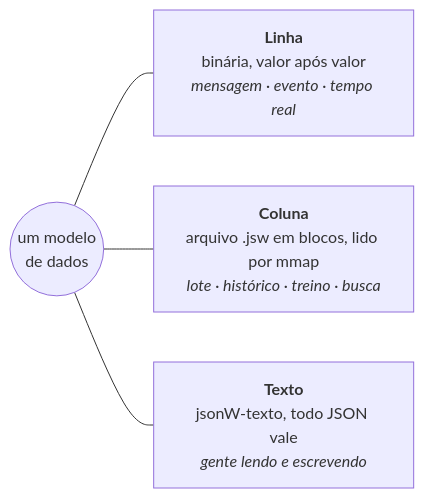
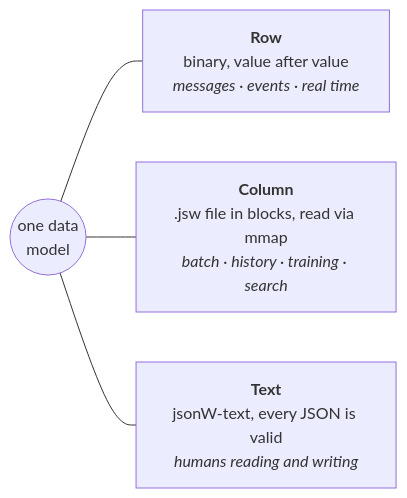
The first of 2 diagrams in README.md (developer-wortic/jsonw), drawn with Mermaid before and after one commit. The commit also changed other lines of this file and 6 other files, not shown here.

First line of the commit message:
README em inglês como principal: definição, instalação por pilha, comparação com JSON/Parquet/Arrow/Protobuf, FAQ e citação

````diff
--- a/README.md
+++ b/README.md
@@ -106,7 +121,7 @@
 ```mermaid
 flowchart LR
-    M(("um modelo<br/>de dados"))
-    M --- L["<b>Linha</b><br/>binária, valor após valor<br/><i>mensagem · evento · tempo real</i>"]
-    M --- C["<b>Coluna</b><br/>arquivo .jsw em blocos, lido por mmap<br/><i>lote · histórico · treino · busca</i>"]
-    M --- T["<b>Texto</b><br/>jsonW-texto, todo JSON vale<br/><i>gente lendo e escrevendo</i>"]
+    M(("one data<br/>model"))
+    M --- L["<b>Row</b><br/>binary, value after value<br/><i>messages · events · real time</i>"]
+    M --- C["<b>Column</b><br/>.jsw file in blocks, read via mmap<br/><i>batch · history · training · search</i>"]
+    M --- T["<b>Text</b><br/>jsonW-text, every JSON is valid<br/><i>humans reading and writing</i>"]
 ```
````
